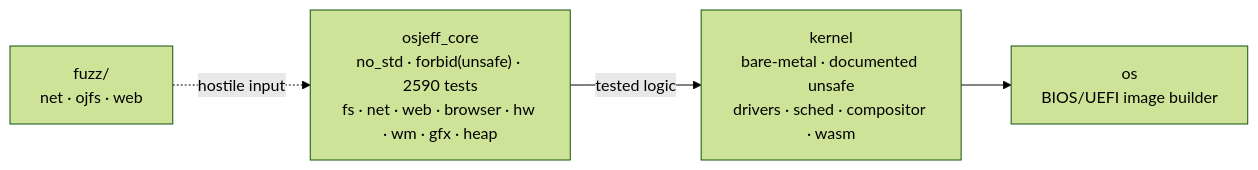
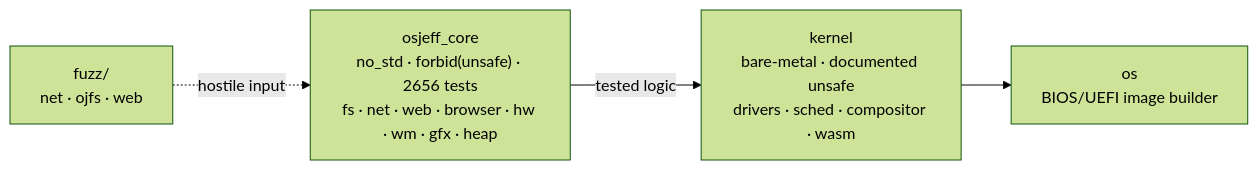
Before and after one commit to Jeffinp/OSjeff: the diagram in README.en.md, drawn with Mermaid (forest theme). The commit also changed other lines of this file and 3 other files, not shown here.

````diff
--- a/README.en.md
+++ b/README.en.md
@@ -98,9 +98,9 @@
 ```mermaid
 flowchart LR
-    CORE["osjeff_core<br/>no_std · forbid(unsafe) · 2590 tests<br/>fs · net · web · browser · hw · wm · gfx · heap"]
+    CORE["osjeff_core<br/>no_std · forbid(unsafe) · 2656 tests<br/>fs · net · web · browser · hw · wm · gfx · heap"]
     KERNEL["kernel<br/>bare-metal · documented unsafe<br/>drivers · sched · compositor · wasm"]
     OS["os<br/>BIOS/UEFI image builder"]
     FUZZ["fuzz/<br/>net · ojfs · web"]
     CORE -->|tested logic| KERNEL --> OS
     FUZZ -.->|hostile input| CORE
 ```
````
